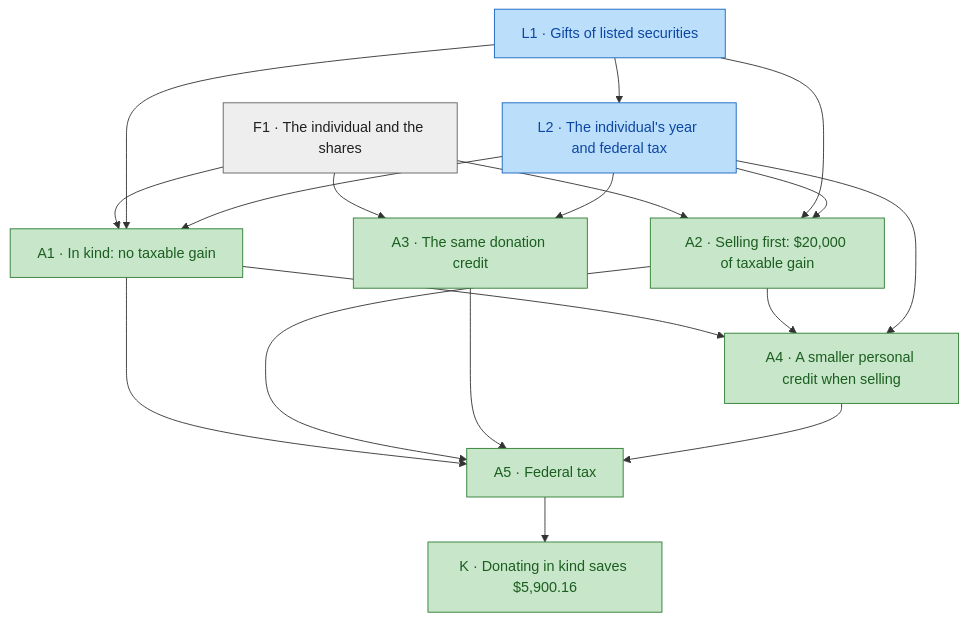
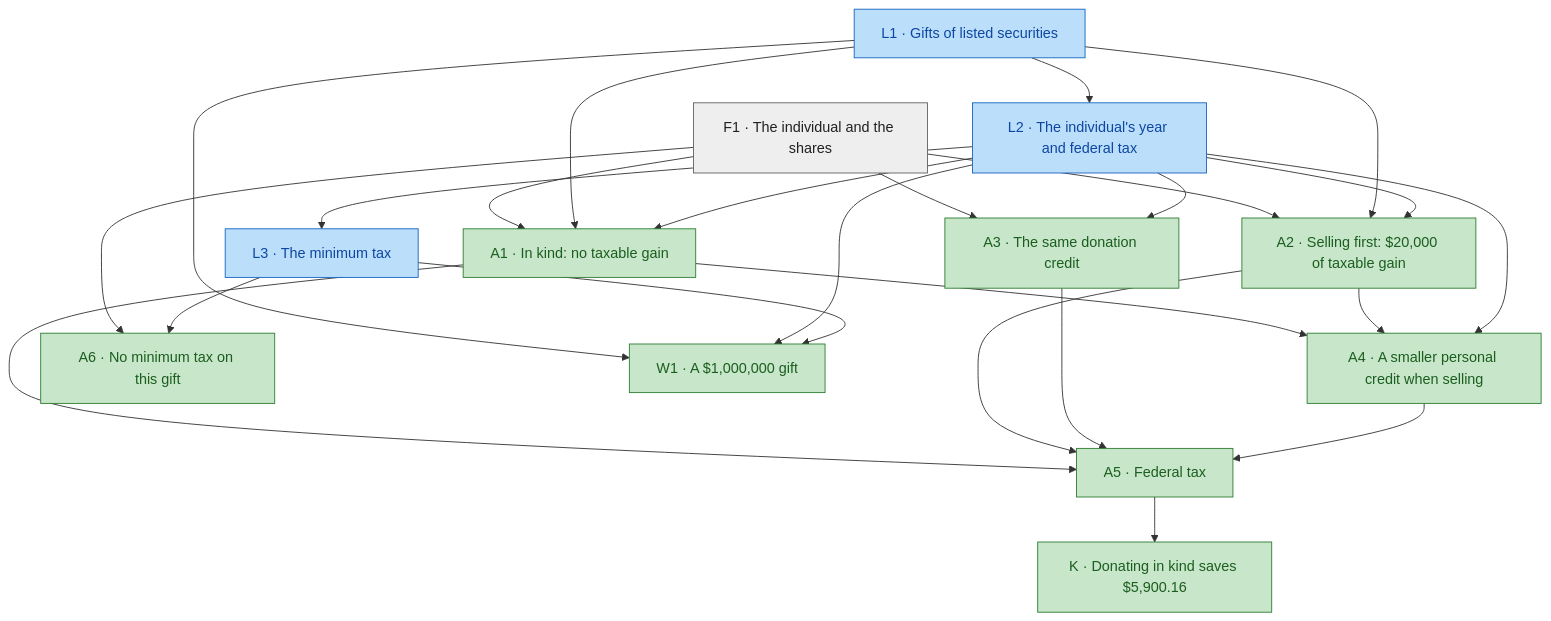
One commit to SeanWMurray/Canteen changed the first of 2 diagrams in docs/blueprint/donating-shares.md. Above: the diagram before and after it, drawn with Mermaid. The commit also changed other lines of this file and 6 other files, not shown here.

First line of the commit message:
Add the minimum tax to the share donation memo

````diff
--- a/docs/blueprint/donating-shares.md
+++ b/docs/blueprint/donating-shares.md
@@ -15,35 +15,44 @@
 ```mermaid
 graph TD
   n0["L1 · Gifts of listed securities"]:::encoded
   n1["L2 · The individual's year and federal tax"]:::encoded
   n2["F1 · The individual and the shares"]:::fact
   n3["A1 · In kind: no taxable gain"]:::proven
   n4["A2 · Selling first: $20,000 of taxable gain"]:::proven
   n5["A3 · The same donation credit"]:::proven
   n6["A4 · A smaller personal credit when selling"]:::proven
   n7["A5 · Federal tax"]:::proven
   n8["K · Donating in kind saves $5,900.16"]:::proven
+  n9["L3 · The minimum tax"]:::encoded
+  n10["A6 · No minimum tax on this gift"]:::proven
+  n11["W1 · A $1,000,000 gift"]:::proven
   n0 --> n1
   n2 --> n3
   n0 --> n3
   n1 --> n3
   n2 --> n4
   n0 --> n4
   n1 --> n4
   n2 --> n5
   n1 --> n5
   n3 --> n6
   n4 --> n6
   n1 --> n6
   n3 --> n7
   n4 --> n7
   n5 --> n7
   n6 --> n7
   n7 --> n8
+  n1 --> n9
+  n2 --> n10
+  n9 --> n10
+  n0 --> n11
+  n1 --> n11
+  n9 --> n11
   classDef proven fill:#c8e6c9,stroke:#2e7d32,color:#1b5e20
   classDef encoded fill:#bbdefb,stroke:#1565c0,color:#0d47a1
   classDef fact fill:#eeeeee,stroke:#616161,color:#212121
   classDef judgment fill:#ffe0b2,stroke:#ef6c00,color:#e65100
   classDef notFormalized fill:#ffffff,stroke:#c62828,color:#b71c1c,stroke-dasharray:5 5
   classDef unproven fill:#ffcdd2,stroke:#c62828,color:#b71c1c
 ```
````
